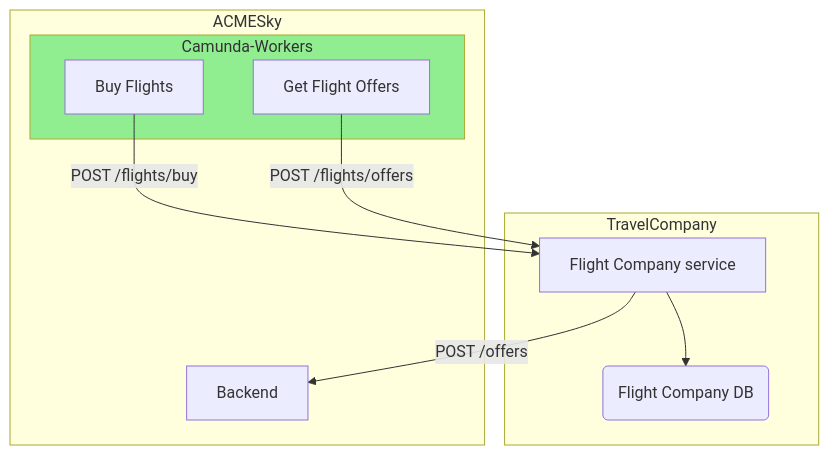
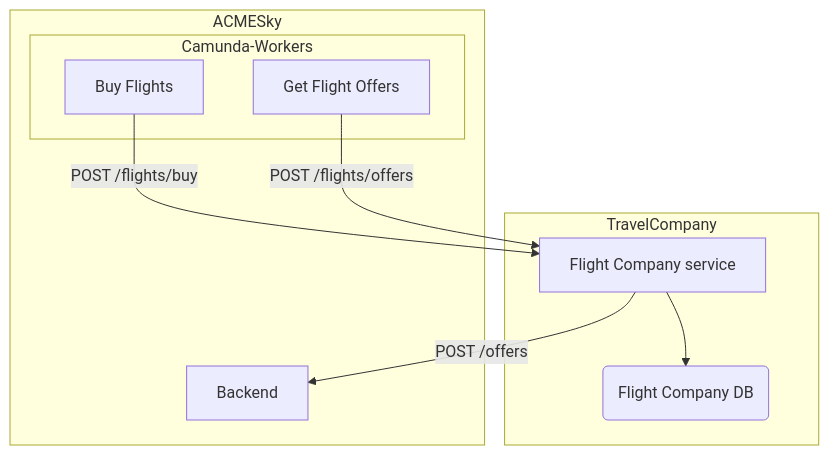
One commit to sosengers/project-documentation changed the diagram in docs/implementazione/flightcompany.md. Above: the diagram before and after it, drawn with Mermaid. The commit also changed 2 other files, not shown here.

Commit message:
Modificati diagrammi per avere una corretta visualizzazione nel pdf

````diff
--- a/docs/implementazione/flightcompany.md
+++ b/docs/implementazione/flightcompany.md
@@ -4,22 +4,22 @@
 ```mermaid
 graph TB
 FC1 -->|POST /offers| AS3
 AS1 -->|POST /flights/buy| FC1
 AS2 -->|POST /flights/offers| FC1
 
 subgraph TravelCompany
 FC1[Flight Company service]
 FC2(Flight Company DB)
 FC1 --> FC2
 end
 
 subgraph ACMESky
 subgraph Camunda-Workers
 AS1[Buy Flights]
 AS2[Get Flight Offers]
 end
 AS3[Backend]
 end
 
-style Camunda-Workers fill:#90EE90
+%%style Camunda-Workers fill:#90EE90
 ```
````
